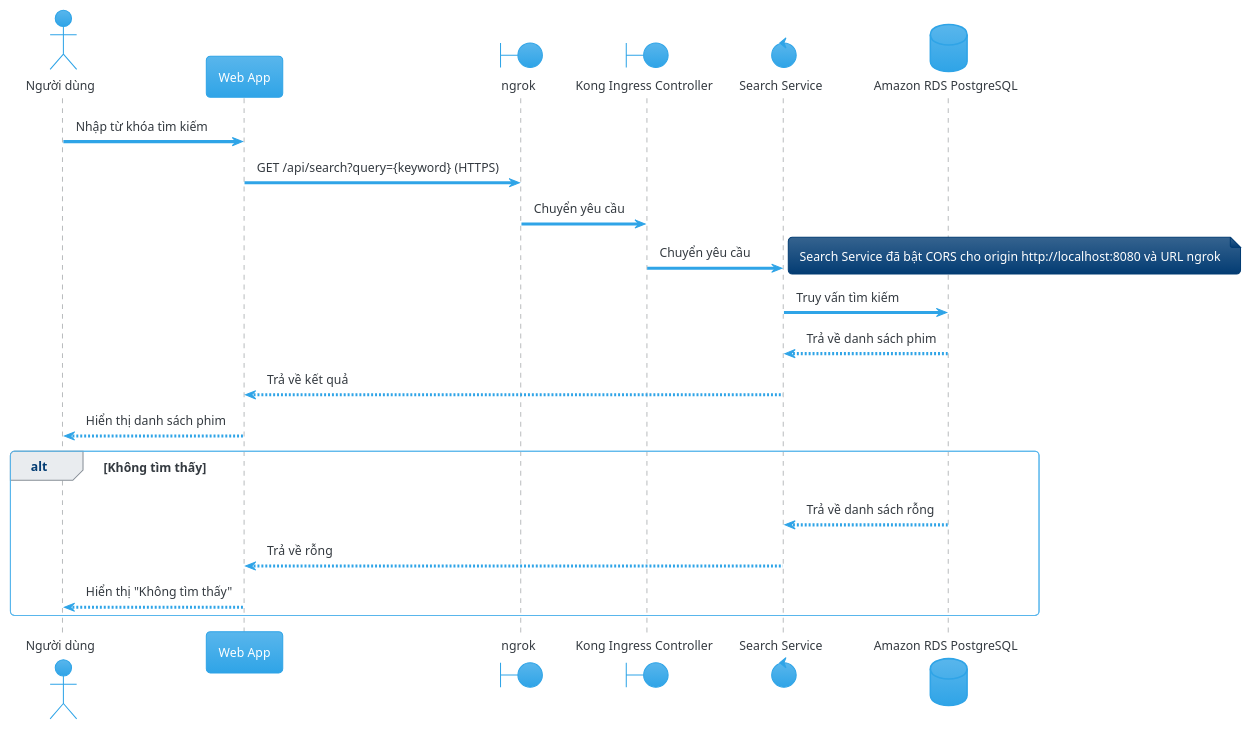
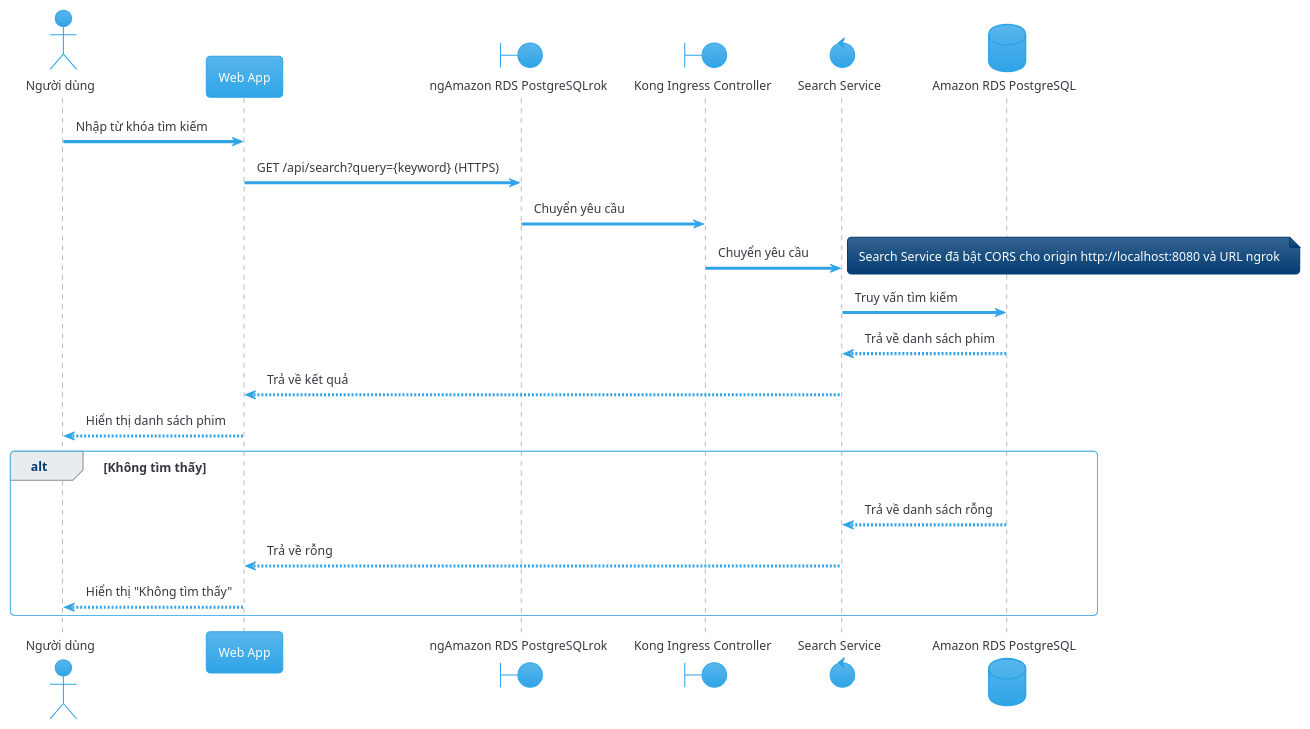
Before and after one commit to yacucdeptrai/movie-streaming-app: the diagram in sq_searchmovie.plantuml, drawn with PlantUML. The commit also changed 3 other files, not shown here.

```diff
--- a/sq_searchmovie.plantuml
+++ b/sq_searchmovie.plantuml
@@ -1,29 +1,27 @@
 @startuml
 !theme cerulean
 
 actor "Người dùng" as User
 participant "Web App" as FE
-boundary "ngrok" as ngrok
+boundary "ngAmazon RDS PostgreSQLrok" as ngrok
 boundary "Kong Ingress Controller" as KG
 control "Search Service" as SRS
 database "Amazon RDS PostgreSQL" as PG
-
-note left: Hệ thống triển khai trên nhiều máy, code quản lý trên GitHub
 
 User -> FE: Nhập từ khóa tìm kiếm
 FE -> ngrok: GET /api/search?query={keyword} (HTTPS)
 ngrok -> KG: Chuyển yêu cầu
 KG -> SRS: Chuyển yêu cầu
 note right: Search Service đã bật CORS cho origin http://localhost:8080 và URL ngrok
 SRS -> PG: Truy vấn tìm kiếm
 PG --> SRS: Trả về danh sách phim
 SRS --> FE: Trả về kết quả
 FE --> User: Hiển thị danh sách phim
 
 alt Không tìm thấy
     PG --> SRS: Trả về danh sách rỗng
     SRS --> FE: Trả về rỗng
     FE --> User: Hiển thị "Không tìm thấy"
 end alt
 
 @enduml
```
